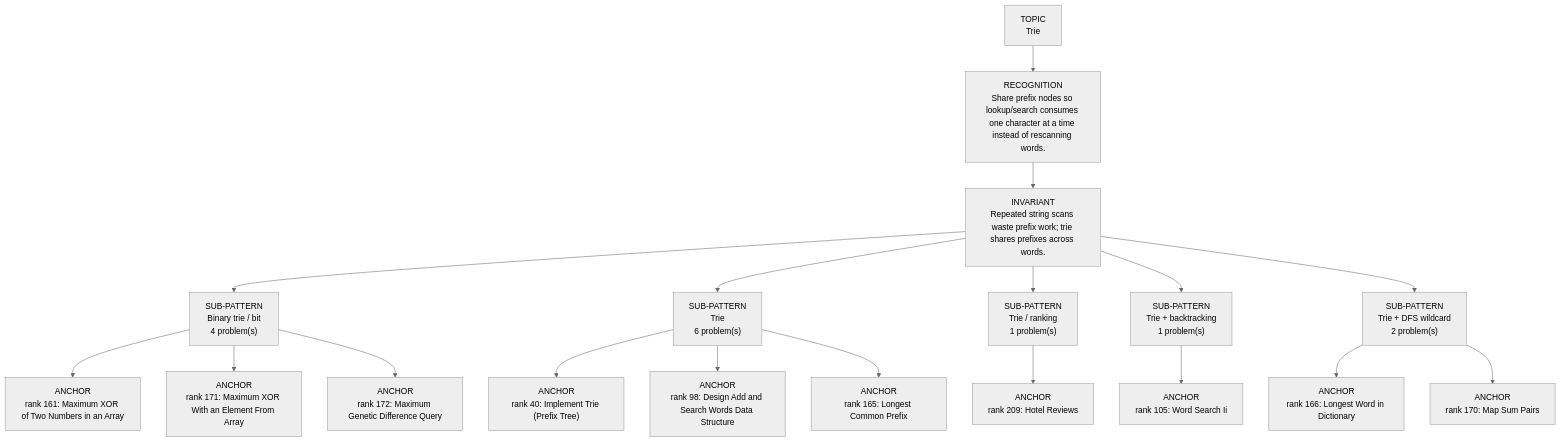
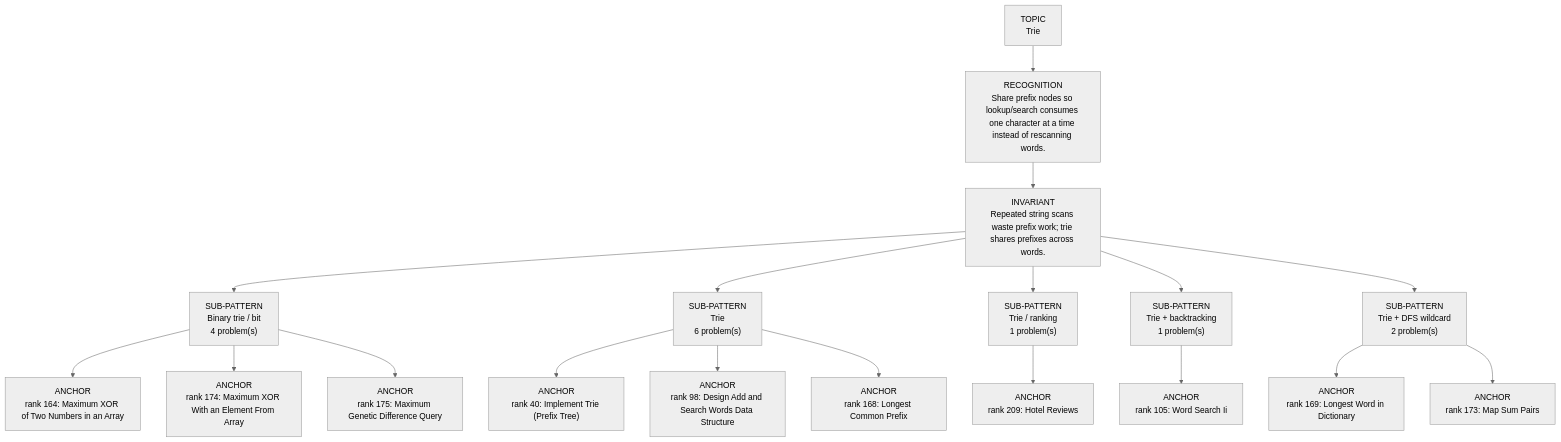
One commit to thechiranjeevjain/DSA10days changed the diagram in dsa-review/interview/patterns/17_trie.md. Above: the diagram before and after it, drawn with Mermaid (neutral theme). The commit also changed other lines of this file and 30 other files, not shown here.

````diff
--- a/dsa-review/interview/patterns/17_trie.md
+++ b/dsa-review/interview/patterns/17_trie.md
@@ -15,22 +15,22 @@
 ```mermaid
 flowchart TD
   Topic["TOPIC<br/>Trie"]
   Recognition["RECOGNITION<br/>Share prefix nodes so lookup/search consumes one character at a time instead of rescanning words."]
   Invariant["INVARIANT<br/>Repeated string scans waste prefix work; trie shares prefixes across words."]
   Topic --> Recognition --> Invariant
   Invariant --> Sub01["SUB-PATTERN<br/>Binary trie / bit<br/>4 problem(s)"]
-  Sub01 --> Sub01A01["ANCHOR<br/>rank 161: Maximum XOR of Two Numbers in an Array"]
-  Sub01 --> Sub01A02["ANCHOR<br/>rank 171: Maximum XOR With an Element From Array"]
-  Sub01 --> Sub01A03["ANCHOR<br/>rank 172: Maximum Genetic Difference Query"]
+  Sub01 --> Sub01A01["ANCHOR<br/>rank 164: Maximum XOR of Two Numbers in an Array"]
+  Sub01 --> Sub01A02["ANCHOR<br/>rank 174: Maximum XOR With an Element From Array"]
+  Sub01 --> Sub01A03["ANCHOR<br/>rank 175: Maximum Genetic Difference Query"]
   Invariant --> Sub02["SUB-PATTERN<br/>Trie<br/>6 problem(s)"]
   Sub02 --> Sub02A01["ANCHOR<br/>rank 40: Implement Trie (Prefix Tree)"]
   Sub02 --> Sub02A02["ANCHOR<br/>rank 98: Design Add and Search Words Data Structure"]
-  Sub02 --> Sub02A03["ANCHOR<br/>rank 165: Longest Common Prefix"]
+  Sub02 --> Sub02A03["ANCHOR<br/>rank 168: Longest Common Prefix"]
   Invariant --> Sub03["SUB-PATTERN<br/>Trie / ranking<br/>1 problem(s)"]
   Sub03 --> Sub03A01["ANCHOR<br/>rank 209: Hotel Reviews"]
   Invariant --> Sub04["SUB-PATTERN<br/>Trie + backtracking<br/>1 problem(s)"]
   Sub04 --> Sub04A01["ANCHOR<br/>rank 105: Word Search Ii"]
   Invariant --> Sub05["SUB-PATTERN<br/>Trie + DFS wildcard<br/>2 problem(s)"]
-  Sub05 --> Sub05A01["ANCHOR<br/>rank 166: Longest Word in Dictionary"]
-  Sub05 --> Sub05A02["ANCHOR<br/>rank 170: Map Sum Pairs"]
+  Sub05 --> Sub05A01["ANCHOR<br/>rank 169: Longest Word in Dictionary"]
+  Sub05 --> Sub05A02["ANCHOR<br/>rank 173: Map Sum Pairs"]
 ```
````
